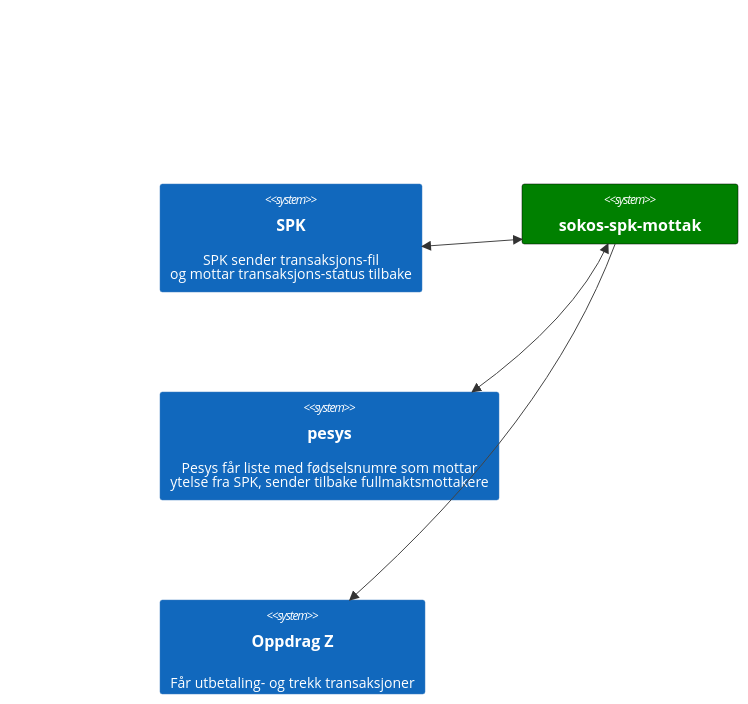
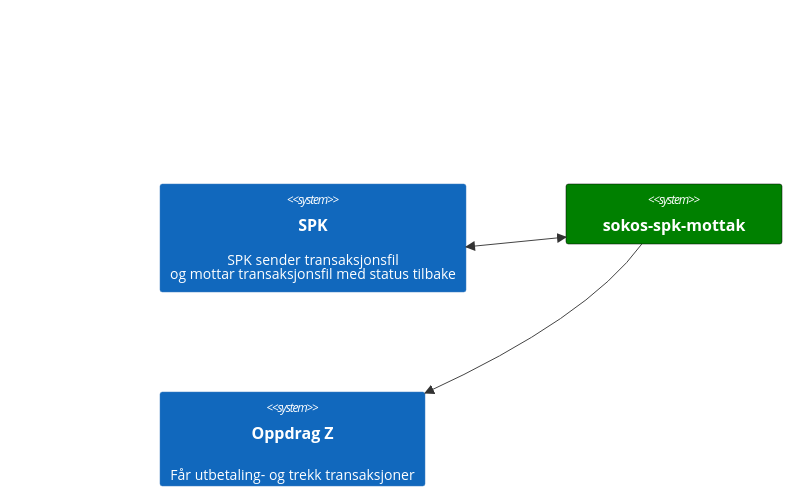
One commit to navikt/sokos-spk-mottak changed the diagram in dokumentasjon/avhengighetskart.md. Above: the diagram before and after it, drawn with Mermaid. The commit also changed 5 other files, not shown here.

`````diff
--- a/dokumentasjon/avhengighetskart.md
+++ b/dokumentasjon/avhengighetskart.md
@@ -3,14 +3,12 @@
 ````mermaid
     C4Context
     UpdateLayoutConfig($c4ShapeInRow="2", $c4BoundaryInRow="2")
 
-    System(spk, "SPK", "SPK sender transaksjons-fil<br>og mottar transaksjons-status tilbake")
+    System(spk, "SPK", "SPK sender transaksjonsfil<br>og mottar transaksjonsfil med status tilbake")
     System(sokos-spk-mottak, "sokos-spk-mottak", "")
     UpdateElementStyle(sokos-spk-mottak, $fontColor="white", $bgColor="green", $borderColor="black")
-    System(pesys, "pesys", "Pesys får liste med fødselsnumre som mottar<br />ytelse fra SPK, sender tilbake fullmaktsmottakere")
     System(oppdragZ, "Oppdrag Z", "Får utbetaling- og trekk transaksjoner")
 
     BiRel(spk, sokos-spk-mottak, "")
-    BiRel(sokos-spk-mottak, pesys, "")
     Rel(sokos-spk-mottak, oppdragZ, "")
 ````
`````
